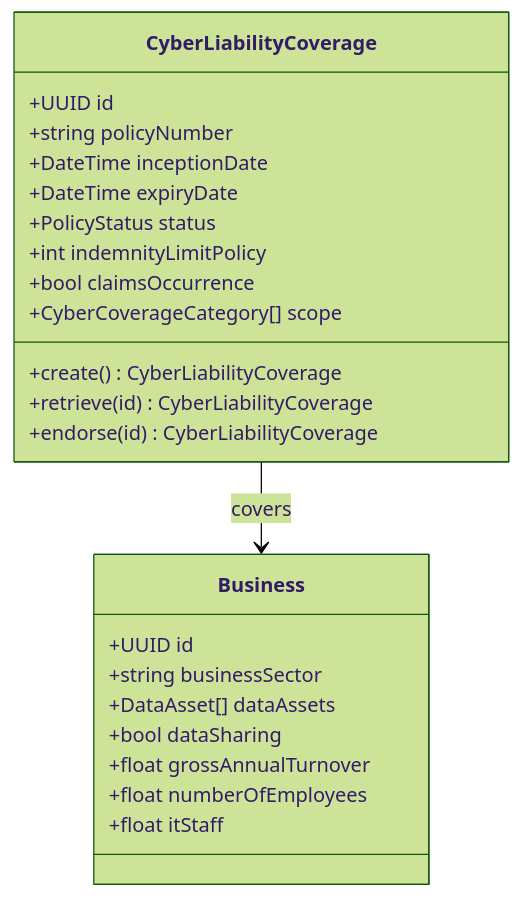
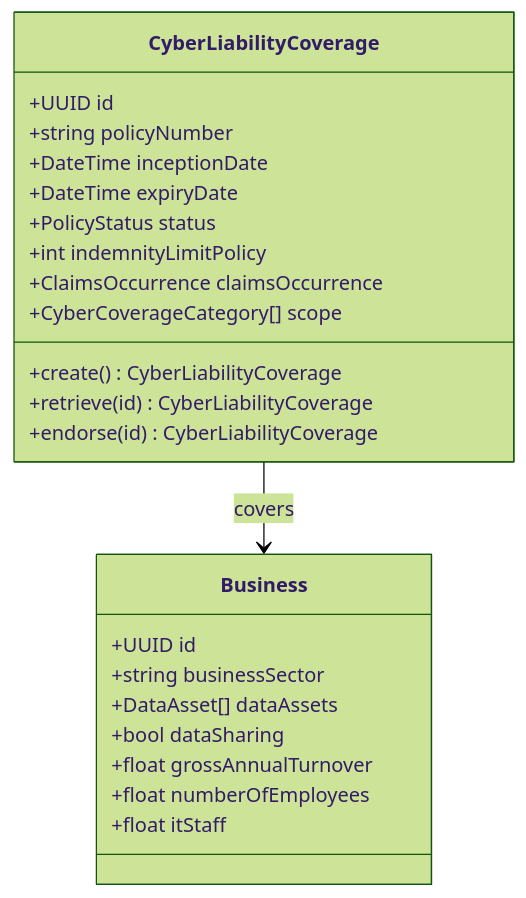
The first of 4 diagrams in 07-cyber-liability/api.md (trisilva/opin), drawn with Mermaid (forest theme) before and after one commit. The commit also changed other lines of this file and 44 other files, not shown here.

````diff
--- a/07-cyber-liability/api.md
+++ b/07-cyber-liability/api.md
@@ -7,26 +9,26 @@
 ```mermaid
 classDiagram
     class CyberLiabilityCoverage {
         +UUID id
         +string policyNumber
         +DateTime inceptionDate
         +DateTime expiryDate
         +PolicyStatus status
         +int indemnityLimitPolicy
-        +bool claimsOccurrence
+        +ClaimsOccurrence claimsOccurrence
         +CyberCoverageCategory[] scope
         +create() CyberLiabilityCoverage
         +retrieve(id) CyberLiabilityCoverage
         +endorse(id) CyberLiabilityCoverage
     }
     class Business {
         +UUID id
         +string businessSector
         +DataAsset[] dataAssets
         +bool dataSharing
         +float grossAnnualTurnover
         +float numberOfEmployees
         +float itStaff
     }
     CyberLiabilityCoverage --> Business : covers
 ```
````
